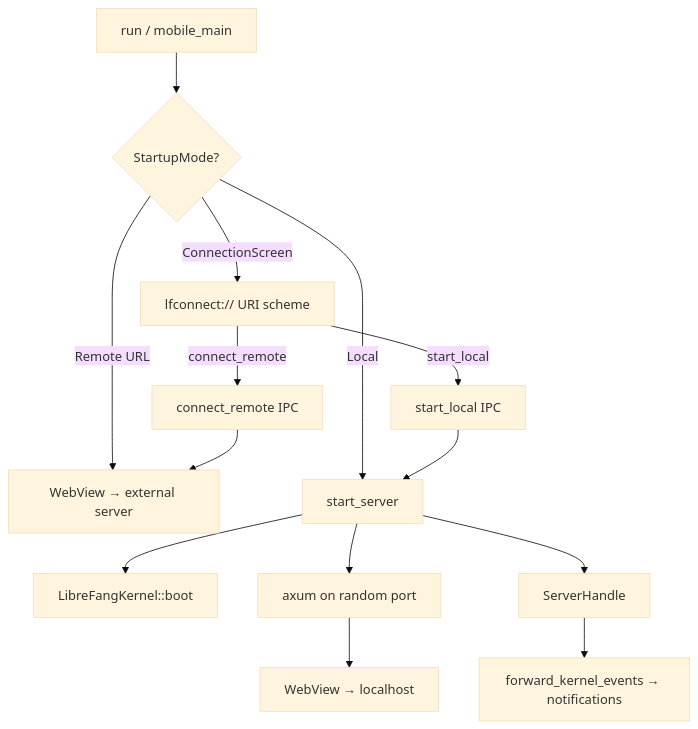
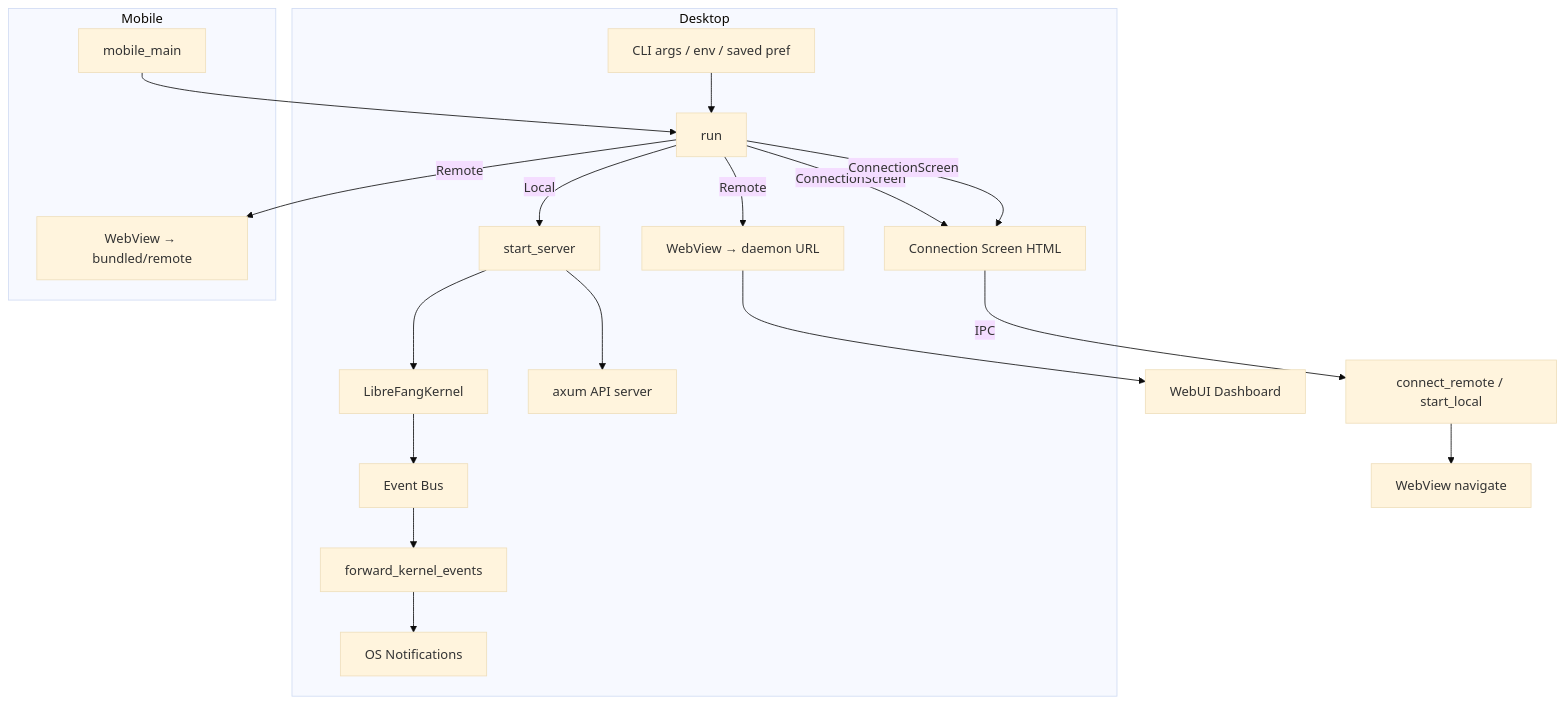
Before and after one commit to leszek3737/librefang-WIki: the diagram in desktop-application.md, drawn with Mermaid (base theme). The commit also changed other lines of this file and 125 other files, not shown here.

````diff
--- a/desktop-application.md
+++ b/desktop-application.md
@@ -9,16 +9,22 @@
 ```mermaid
 graph TD
-    A[run / mobile_main] --> B{StartupMode?}
-    B -->|Remote URL| C[WebView → external server]
-    B -->|Local| D[start_server]
-    B -->|ConnectionScreen| E[lfconnect:// URI scheme]
-    D --> F[LibreFangKernel::boot]
-    D --> G[axum on random port]
-    G --> H[WebView → localhost]
-    E -->|connect_remote| I[connect_remote IPC]
-    E -->|start_local| J[start_local IPC]
-    I --> C
-    J --> D
-    D --> K[ServerHandle]
-    K --> L[forward_kernel_events → notifications]
+    subgraph Desktop
+        CLI[CLI args / env / saved pref] --> RUN[run]
+        RUN -->|ConnectionScreen| CS[Connection Screen HTML]
+        RUN -->|Local| SRV[start_server]
+        RUN -->|Remote| WV[WebView → daemon URL]
+        SRV --> K[LibreFangKernel]
+        SRV --> AX[axum API server]
+        K --> EV[Event Bus]
+        EV --> FWD[forward_kernel_events]
+        FWD --> NOTIF[OS Notifications]
+    end
+    subgraph Mobile
+        MOB[mobile_main] --> RUN
+        RUN -->|Remote| MWV[WebView → bundled/remote]
+        RUN -->|ConnectionScreen| CS
+    end
+    WV --> UI[WebUI Dashboard]
+    CS -->|IPC| CONNECT[connect_remote / start_local]
+    CONNECT --> WV2[WebView navigate]
 ```
````
